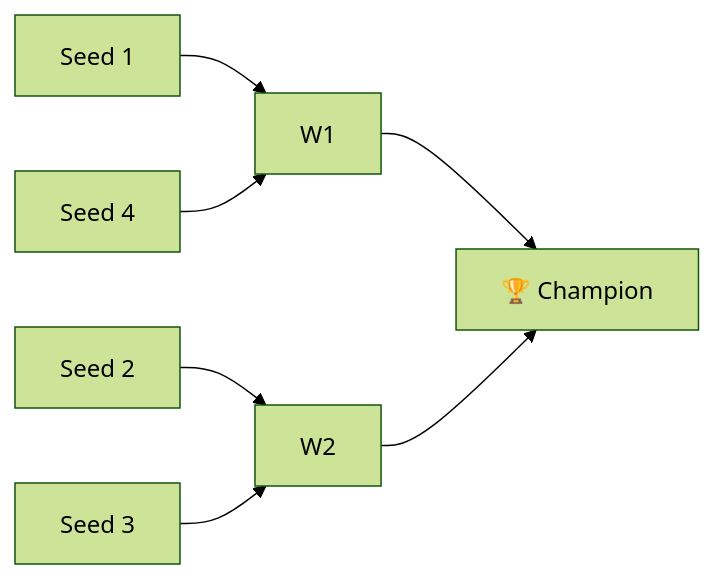
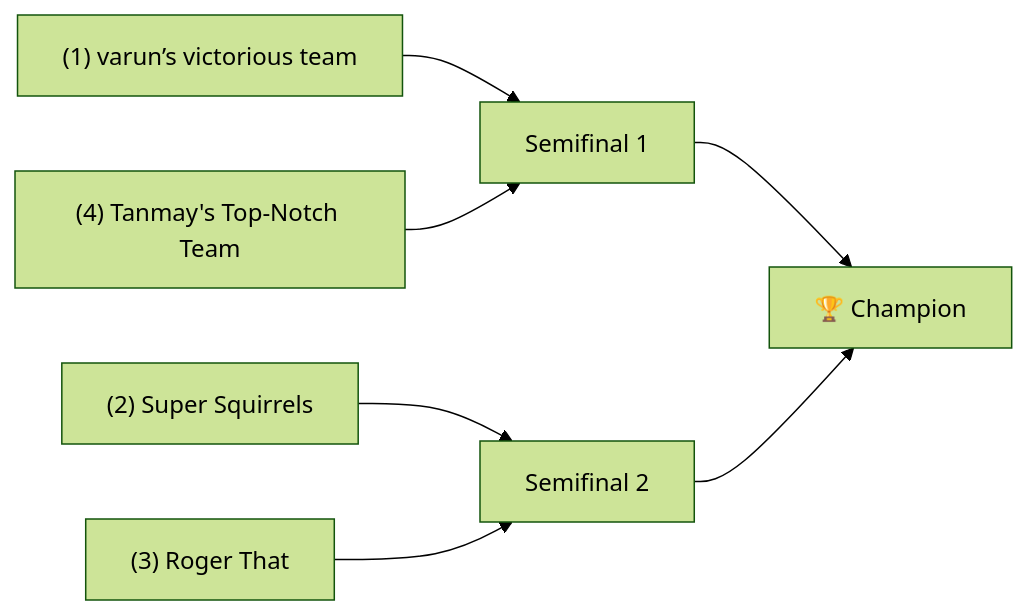
The diagram in zensical/docs/seasons/2021-season.md (narenp12/pine-hills-wiki), drawn with Mermaid (forest theme) before and after one commit. The commit also changed other lines of this file and 69 other files, not shown here.

````diff
--- a/zensical/docs/seasons/2021-season.md
+++ b/zensical/docs/seasons/2021-season.md
@@ -36,9 +37,9 @@
 ```mermaid
 flowchart LR
-    S1[Seed 1] --> W1
-    S4[Seed 4] --> W1
-    S2[Seed 2] --> W2
-    S3[Seed 3] --> W2
-    W1 --> Champ[🏆 Champion]
+    S1["(1) varun’s victorious team"] --> W1[Semifinal 1]
+    S4["(4) Tanmay's Top-Notch Team"] --> W1
+    S2["(2) Super Squirrels"] --> W2[Semifinal 2]
+    S3["(3) Roger That"] --> W2
+    W1 --> Champ["🏆 Champion"]
     W2 --> Champ
 ```
````
